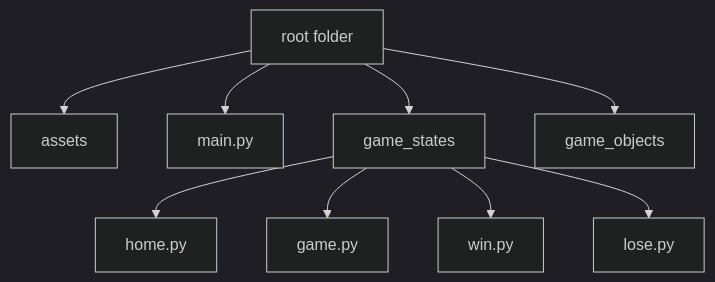
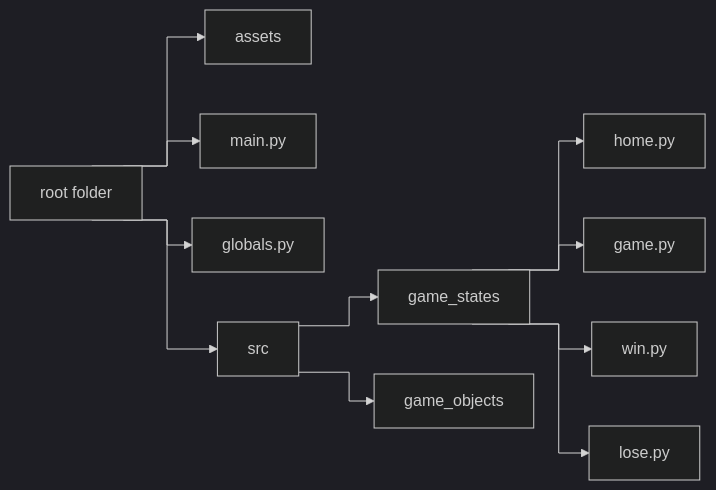
One commit to tank-king/katagames-docs changed the third of 3 diagrams in clicker-game-new/game-structure.md. Above: the diagram before and after it, drawn with Mermaid (dark theme). The commit also changed other lines of this file, not shown here.

````diff
--- a/clicker-game-new/game-structure.md
+++ b/clicker-game-new/game-structure.md
@@ -70,18 +73,19 @@
 ```mermaid
-graph TB
+%%{ init : {"flowchart" : { "curve" : "stepAfter" }}}%%
+graph LR
 root[root folder] --> assets
 
 root --> main.py
+root --> globals.py
+root --> src
 
-root --> states[game_states]
+src --> states[game_states]
  
 states --> home.py
 states --> game.py
 states --> win.py
 states --> lose.py
 
-root --> objects[game_objects]
-
-objects
+src --> objects[game_objects]
 
 ```
````
